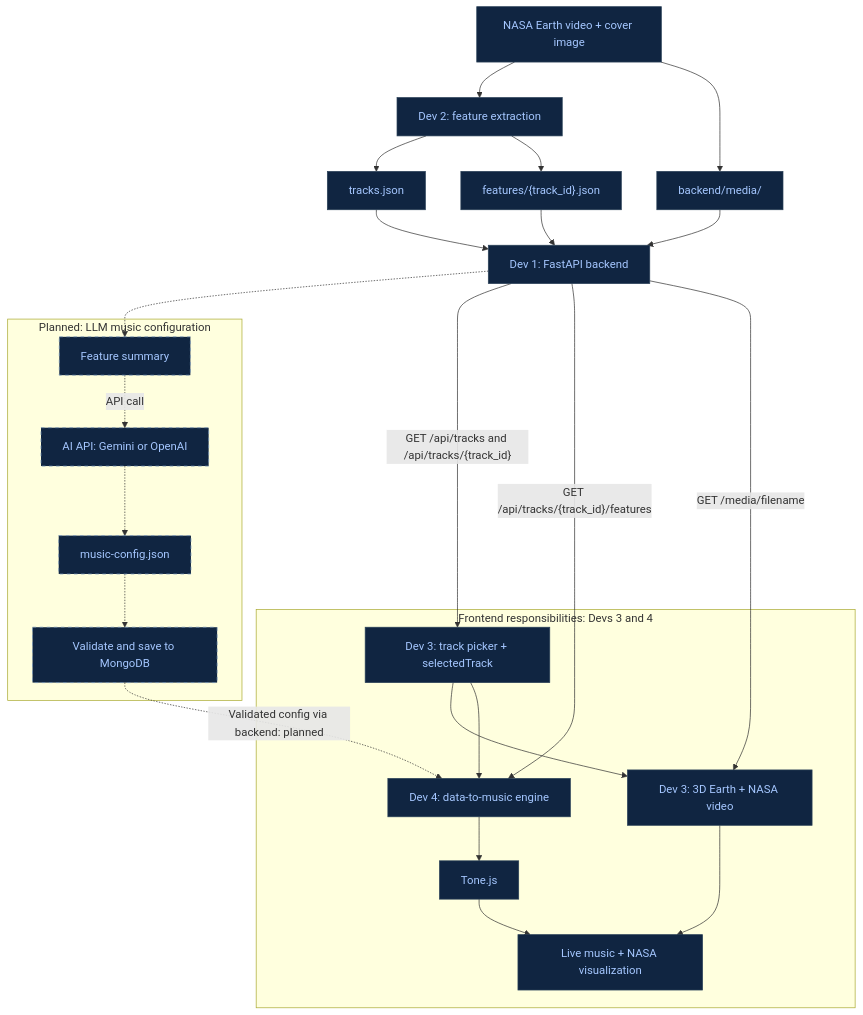
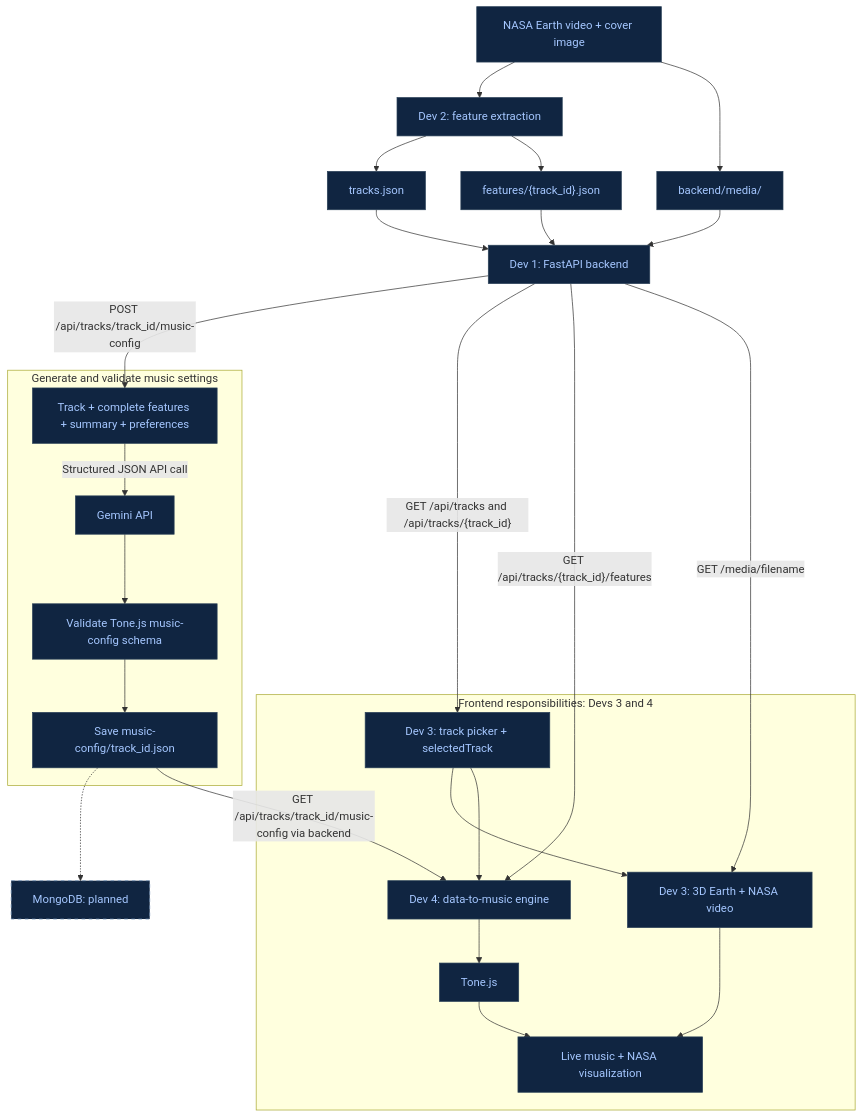
One commit to bruno-rosado/earth-fm-78.7 changed the diagram in docs/HOW_IT_WORKS.md. Above: the diagram before and after it, drawn with Mermaid. The commit also changed other lines of this file and 4 other files, not shown here.

Commit message:
Document Gemini setup and music configuration architecture

````diff
--- a/docs/HOW_IT_WORKS.md
+++ b/docs/HOW_IT_WORKS.md
@@ -9,41 +10,42 @@
 ```mermaid
 flowchart TD
     NASA["NASA Earth video + cover image"] --> Extract["Dev 2: feature extraction"]
     Extract --> Tracks["tracks.json"]
     Extract --> Features["features/{track_id}.json"]
     NASA --> Media["backend/media/"]
 
     Tracks --> Backend["Dev 1: FastAPI backend"]
     Features --> Backend
     Media --> Backend
 
-    subgraph Planned["Planned: LLM music configuration"]
-        Summary["Feature summary"] -.->|"API call"| LLM["AI API: Gemini or OpenAI"]
-        LLM -.-> Config["music-config.json"]
-        Config -.-> Saved["Validate and save to MongoDB"]
+    subgraph Generation["Generate and validate music settings"]
+        Summary["Track + complete features + summary + preferences"] -->|"Structured JSON API call"| LLM["Gemini API"]
+        LLM --> Config["Validate Tone.js music-config schema"]
+        Config --> Saved["Save music-config/track_id.json"]
     end
 
-    Backend -.-> Summary
+    Backend -->|"POST /api/tracks/track_id/music-config"| Summary
+    Saved -.-> Mongo["MongoDB: planned"]
 
     subgraph Frontend["Frontend responsibilities: Devs 3 and 4"]
         Picker["Dev 3: track picker + selectedTrack"]
         Earth["Dev 3: 3D Earth + NASA video"]
         Engine["Dev 4: data-to-music engine"]
         Tone["Tone.js"]
         Live["Live music + NASA visualization"]
         Picker --> Earth
         Picker --> Engine
         Engine --> Tone
         Tone --> Live
         Earth --> Live
     end
 
     Backend -->|"GET /api/tracks and /api/tracks/{track_id}"| Picker
     Backend -->|"GET /api/tracks/{track_id}/features"| Engine
     Backend -->|"GET /media/filename"| Earth
-    Saved -.->|"Validated config via backend: planned"| Engine
+    Saved -->|"GET /api/tracks/track_id/music-config via backend"| Engine
 
     classDef default fill:#102541,stroke:#294057,color:#a5c7ff;
     classDef planned fill:#102541,stroke:#6f90b4,color:#a5c7ff,stroke-dasharray:5 5;
-    class Summary,LLM,Config,Saved planned;
+    class Mongo planned;
 ```
````
